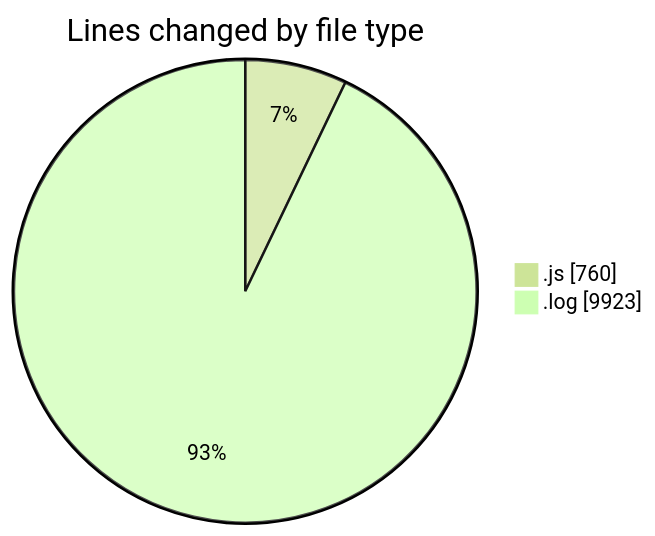
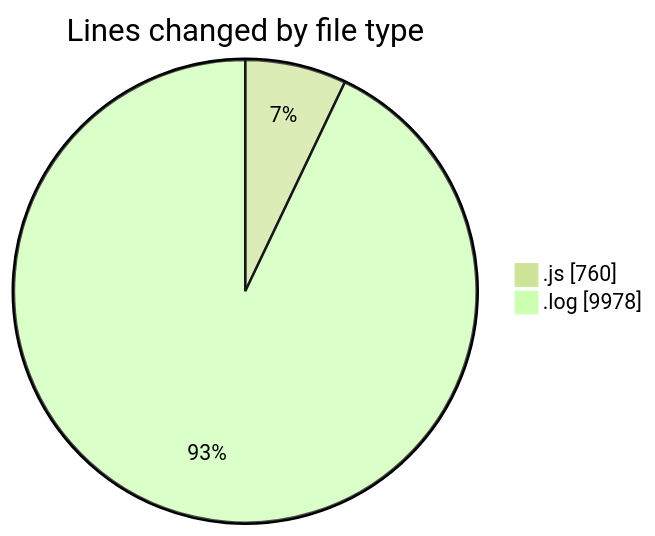
One commit to BS-eng2023/code-tracking changed the first of 2 diagrams in 2025-04-04/jsvms/README.md. Above: the diagram before and after it, drawn with Mermaid (forest theme). The commit also changed other lines of this file and 1 other file, not shown here.

````diff
--- a/2025-04-04/jsvms/README.md
+++ b/2025-04-04/jsvms/README.md
@@ -28,6 +28,6 @@
 ```mermaid
 pie showData
 title Lines changed by file type
 ".js" : 760
-".log" : 9923
+".log" : 9978
 ```
````
